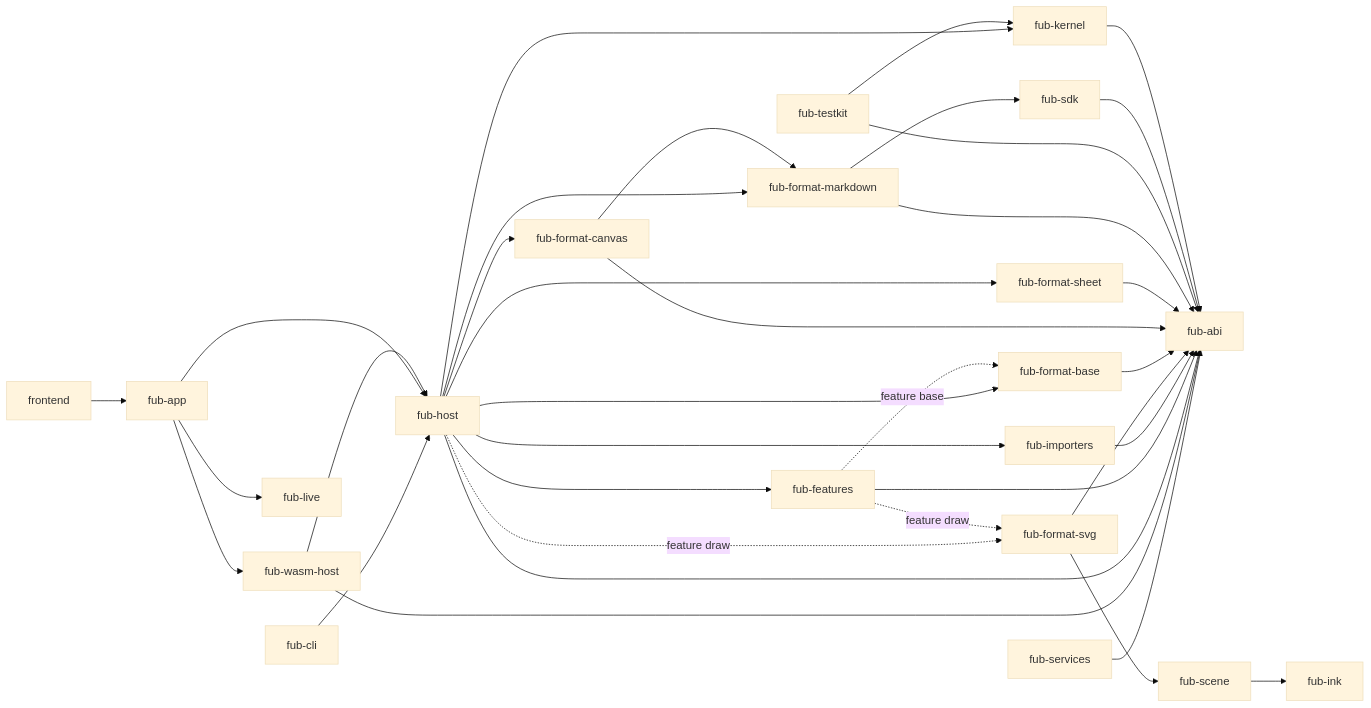
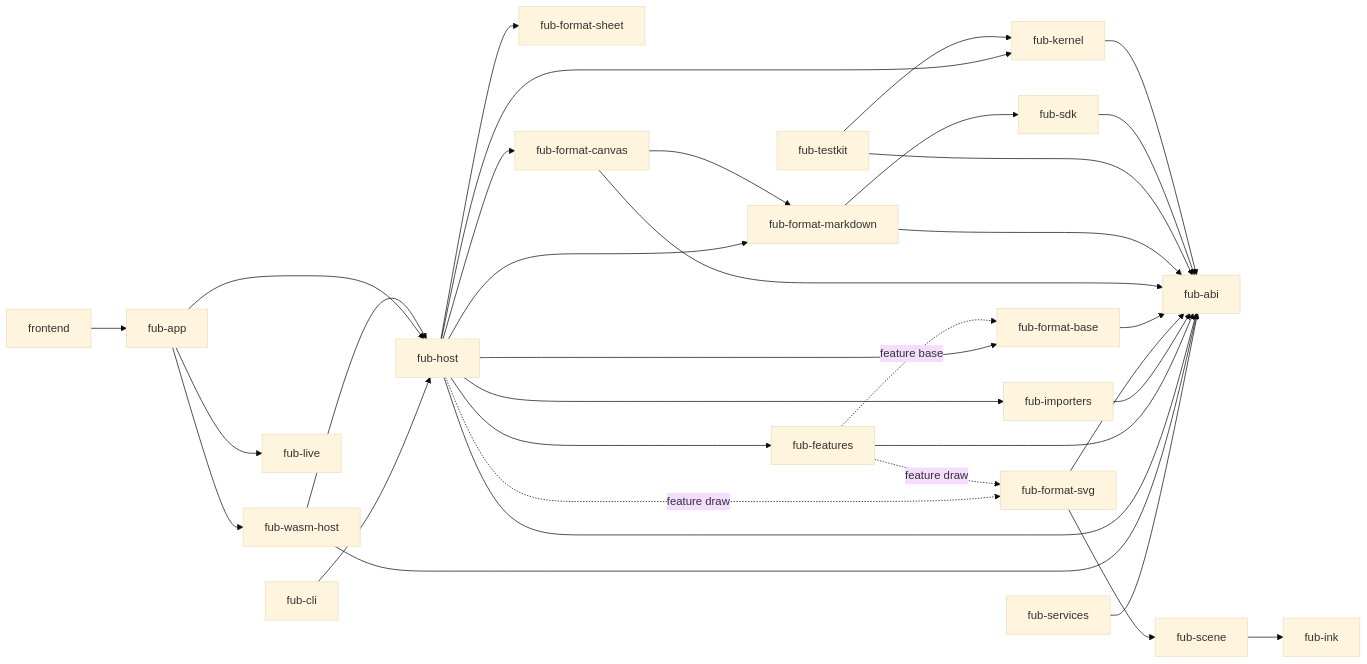
The first of 3 diagrams in docs/architecture/components-and-boundaries.md (Fubeo/Fub), drawn with Mermaid (base theme) before and after one commit. The commit also changed other lines of this file and 87 other files, not shown here.

````diff
--- a/docs/architecture/components-and-boundaries.md
+++ b/docs/architecture/components-and-boundaries.md
@@ -9,39 +9,39 @@
 ```mermaid
 flowchart LR
     ABI["fub-abi"]
     KERNEL["fub-kernel"] --> ABI
     SDK["fub-sdk"] --> ABI
     TESTKIT["fub-testkit"] --> KERNEL
     TESTKIT --> ABI
     MARKDOWN["fub-format-markdown"] --> ABI
     MARKDOWN --> SDK
-    SHEET["fub-format-sheet"] --> ABI
+    SHEET["fub-format-sheet"]
     CANVAS["fub-format-canvas"] --> ABI
     CANVAS --> MARKDOWN
     BASE["fub-format-base"] --> ABI
     INK["fub-ink"]
     SCENE["fub-scene"] --> INK
     SVG["fub-format-svg"] --> ABI
     SVG --> SCENE
     IMPORTERS["fub-importers"] --> ABI
     FEATURES["fub-features"] --> ABI
     FEATURES -. "feature base" .-> BASE
     FEATURES -. "feature draw" .-> SVG
     HOST["fub-host"] --> KERNEL
     HOST --> ABI
     HOST --> FEATURES
     HOST --> MARKDOWN
     HOST --> SHEET
     HOST --> CANVAS
     HOST --> BASE
     HOST -. "feature draw" .-> SVG
     HOST --> IMPORTERS
     WASM["fub-wasm-host"] --> ABI
     WASM --> HOST
     APP["fub-app"] --> HOST
     APP --> WASM
     APP --> LIVE["fub-live"]
     CLI["fub-cli"] --> HOST
     SERVICES["fub-services"] --> ABI
     FRONTEND["frontend"] --> APP
 ```
````
